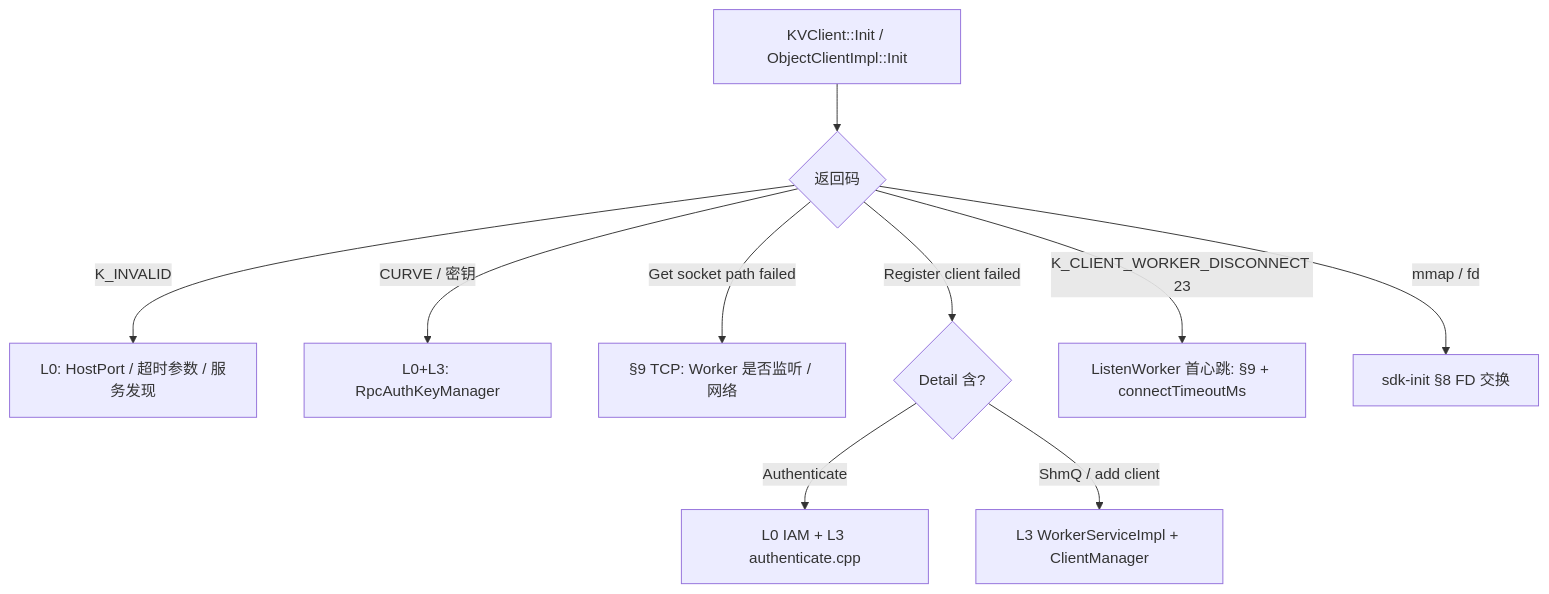
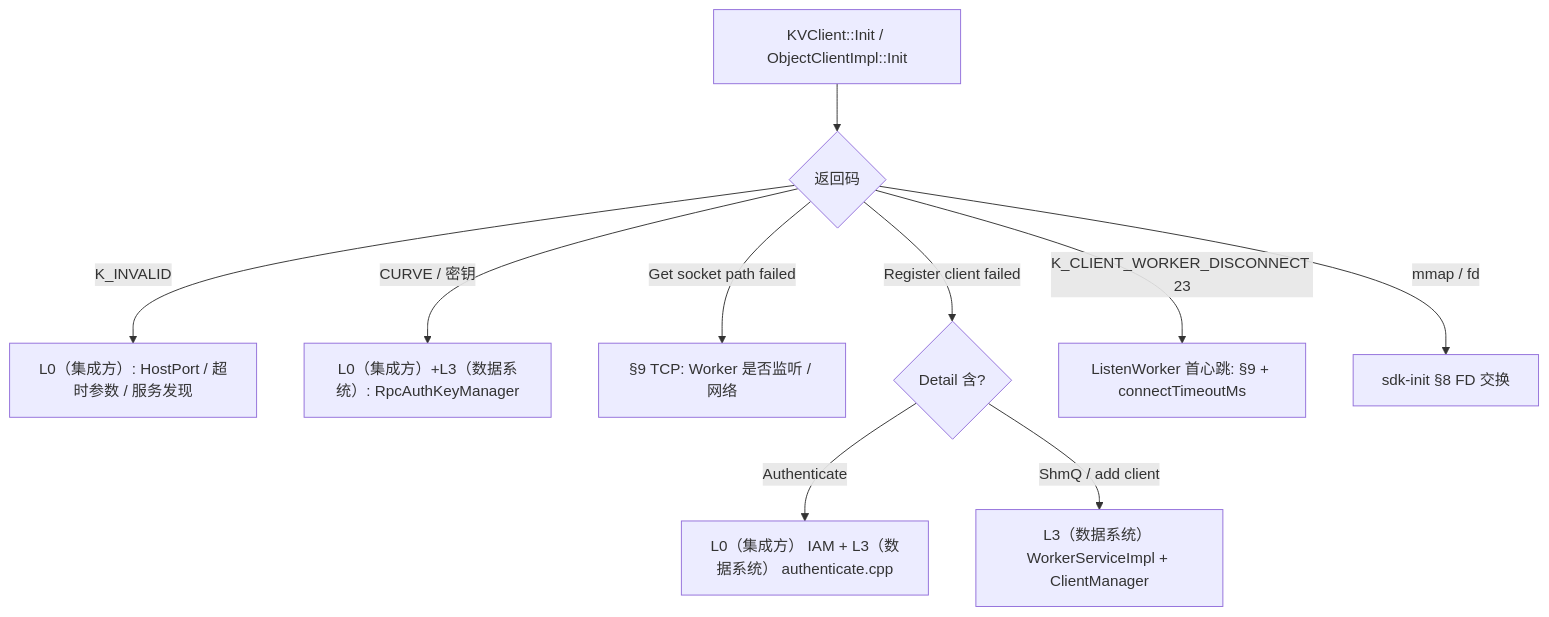
Before and after one commit to CheYulin/Docs: the second of 7 diagrams in docs/observable/kv-场景-故障分类与责任边界.md, drawn with Mermaid. The commit also changed other lines of this file and 2 other files, not shown here.

````diff
--- a/docs/observable/kv-场景-故障分类与责任边界.md
+++ b/docs/observable/kv-场景-故障分类与责任边界.md
@@ -458,12 +460,12 @@
 ```mermaid
 flowchart TD
   S1[KVClient::Init / ObjectClientImpl::Init] --> S2{返回码}
-  S2 -->|K_INVALID| S3[L0: HostPort / 超时参数 / 服务发现]
-  S2 -->|CURVE / 密钥| S4[L0+L3: RpcAuthKeyManager]
+  S2 -->|K_INVALID| S3[L0（集成方）: HostPort / 超时参数 / 服务发现]
+  S2 -->|CURVE / 密钥| S4[L0（集成方）+L3（数据系统）: RpcAuthKeyManager]
   S2 -->|Get socket path failed| S5[§9 TCP: Worker 是否监听 / 网络]
   S2 -->|Register client failed| S6{Detail 含?}
-  S6 -->|Authenticate| S7[L0 IAM + L3 authenticate.cpp]
-  S6 -->|ShmQ / add client| S8[L3 WorkerServiceImpl + ClientManager]
+  S6 -->|Authenticate| S7[L0（集成方） IAM + L3（数据系统） authenticate.cpp]
+  S6 -->|ShmQ / add client| S8[L3（数据系统） WorkerServiceImpl + ClientManager]
   S2 -->|K_CLIENT_WORKER_DISCONNECT 23| S9[ListenWorker 首心跳: §9 + connectTimeoutMs]
   S2 -->|mmap / fd| S10[sdk-init §8 FD 交换]
 ```
````
